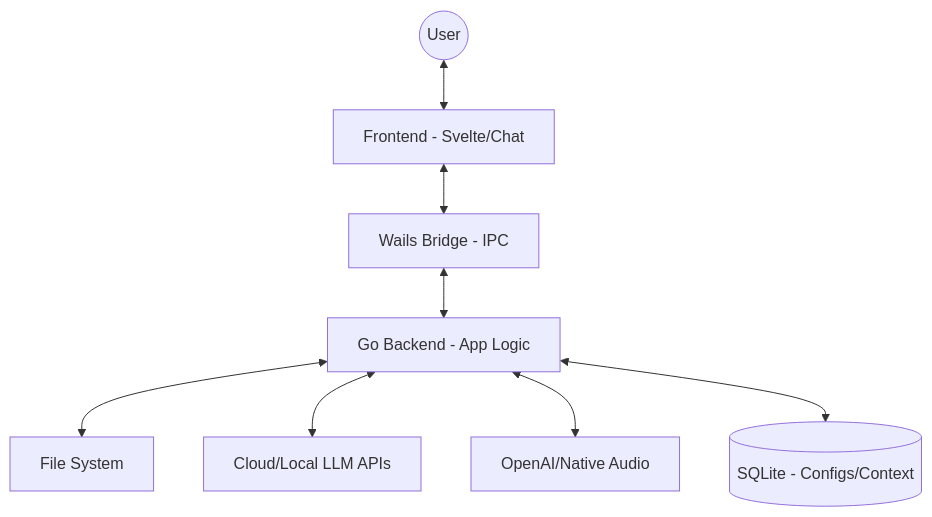
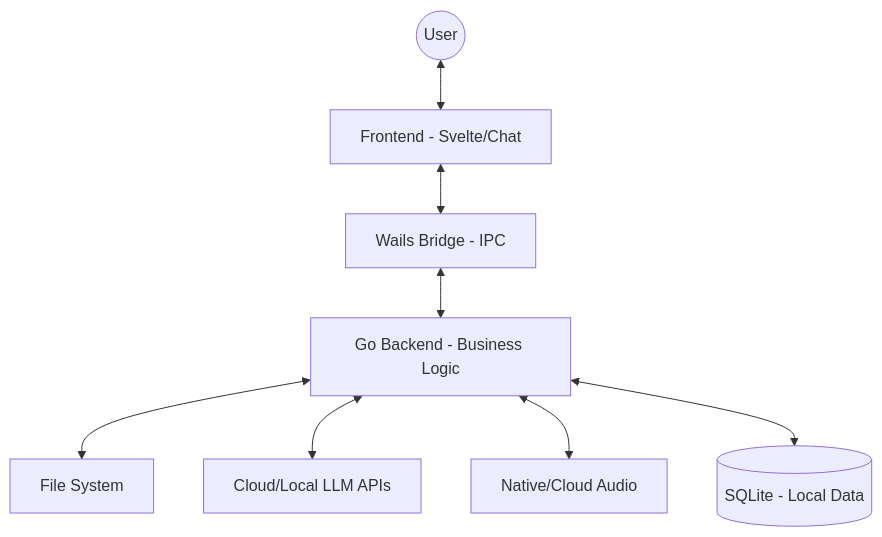
Before and after one commit to erascardsilva/agenteIA: the diagram in README.md, drawn with Mermaid. The commit also changed other lines of this file and 1 other file, not shown here.

````diff
--- a/README.md
+++ b/README.md
@@ -33,10 +32,10 @@
 ```mermaid
 graph TD
     User((User)) <--> Frontend[Frontend - Svelte/Chat]
     Frontend <--> Wails[Wails Bridge - IPC]
-    Wails <--> Go[Go Backend - App Logic]
+    Wails <--> Go[Go Backend - Business Logic]
     Go <--> FS[File System]
     Go <--> AI[Cloud/Local LLM APIs]
-    Go <--> Audio[OpenAI/Native Audio]
-    Go <--> DB[(SQLite - Configs/Context)]
+    Go <--> Audio[Native/Cloud Audio]
+    Go <--> DB[(SQLite - Local Data)]
 ```
````
